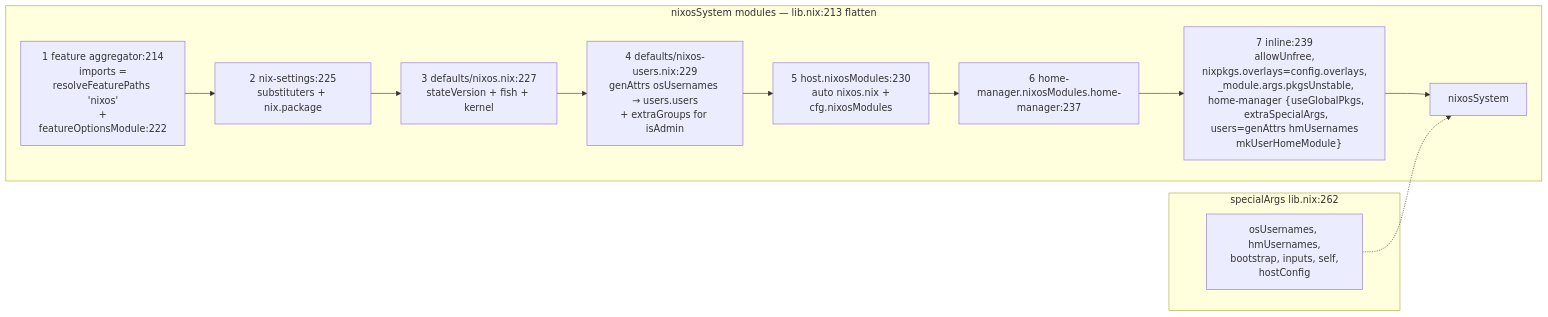
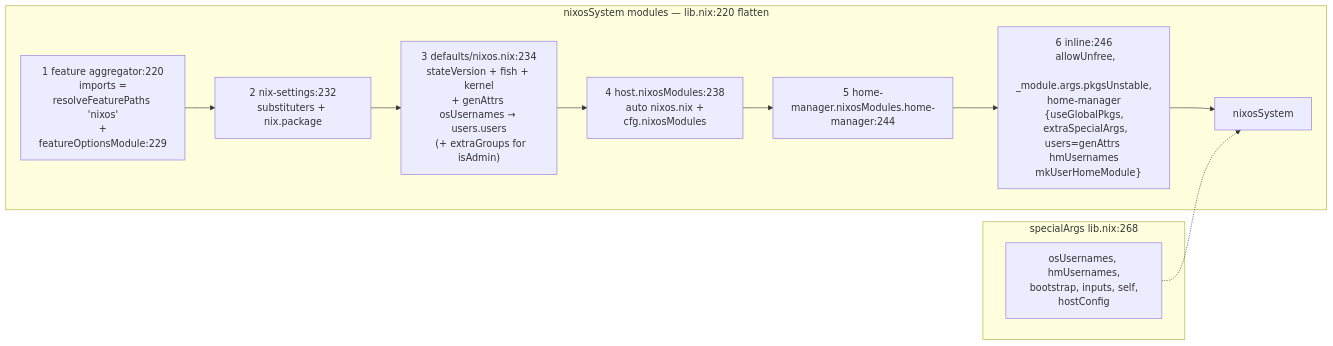
One commit to WombatFromHell/automatic-palm-tree changed the fifth of 7 diagrams in DESIGN.md. Above: the diagram before and after it, drawn with Mermaid. The commit also changed other lines of this file and 9 other files, not shown here.

````diff
--- a/DESIGN.md
+++ b/DESIGN.md
@@ -158,18 +158,16 @@
 ```mermaid
 flowchart LR
-    subgraph Mods ["nixosSystem modules — lib.nix:213 flatten"]
-        feat["1 feature aggregator:214\n imports = resolveFeaturePaths 'nixos'\n + featureOptionsModule:222"]
-        nixSet["2 nix-settings:225\nsubstituters + nix.package"]
-        defNixos["3 defaults/nixos.nix:227\nstateVersion + fish + kernel"]
-        defUsers["4 defaults/nixos-users.nix:229\ngenAttrs osUsernames → users.users\n+ extraGroups for isAdmin"]
-        hostMods["5 host.nixosModules:230\n auto nixos.nix + cfg.nixosModules"]
-        hmMod["6 home-manager.nixosModules.home-manager:237"]
-        inline["7 inline:239\n allowUnfree, nixpkgs.overlays=config.overlays,\n _module.args.pkgsUnstable,\n home-manager {useGlobalPkgs,\n  extraSpecialArgs, users=genAttrs hmUsernames\n   mkUserHomeModule}"]
-
-        feat --> nixSet --> defNixos --> defUsers --> hostMods --> hmMod --> inline --> merged["nixosSystem"]
+    subgraph Mods ["nixosSystem modules — lib.nix:220 flatten"]
+        feat["1 feature aggregator:220\n imports = resolveFeaturePaths 'nixos'\n + featureOptionsModule:229"]
+        nixSet["2 nix-settings:232\nsubstituters + nix.package"]
+        defNixos["3 defaults/nixos.nix:234\nstateVersion + fish + kernel\n+ genAttrs osUsernames → users.users\n  (+ extraGroups for isAdmin)"]
+        hostMods["4 host.nixosModules:238\n auto nixos.nix + cfg.nixosModules"]
+        hmMod["5 home-manager.nixosModules.home-manager:244"]
+        inline["6 inline:246\n allowUnfree,\n _module.args.pkgsUnstable,\n home-manager {useGlobalPkgs,\n  extraSpecialArgs, users=genAttrs hmUsernames\n   mkUserHomeModule}"]
+        feat --> nixSet --> defNixos --> hostMods --> hmMod --> inline --> merged["nixosSystem"]
     end
-    subgraph Args ["specialArgs lib.nix:262"]
+    subgraph Args ["specialArgs lib.nix:268"]
         sa["osUsernames, hmUsernames,\n bootstrap, inputs, self, hostConfig"]
     end
     sa -.-> merged
 ```
````
